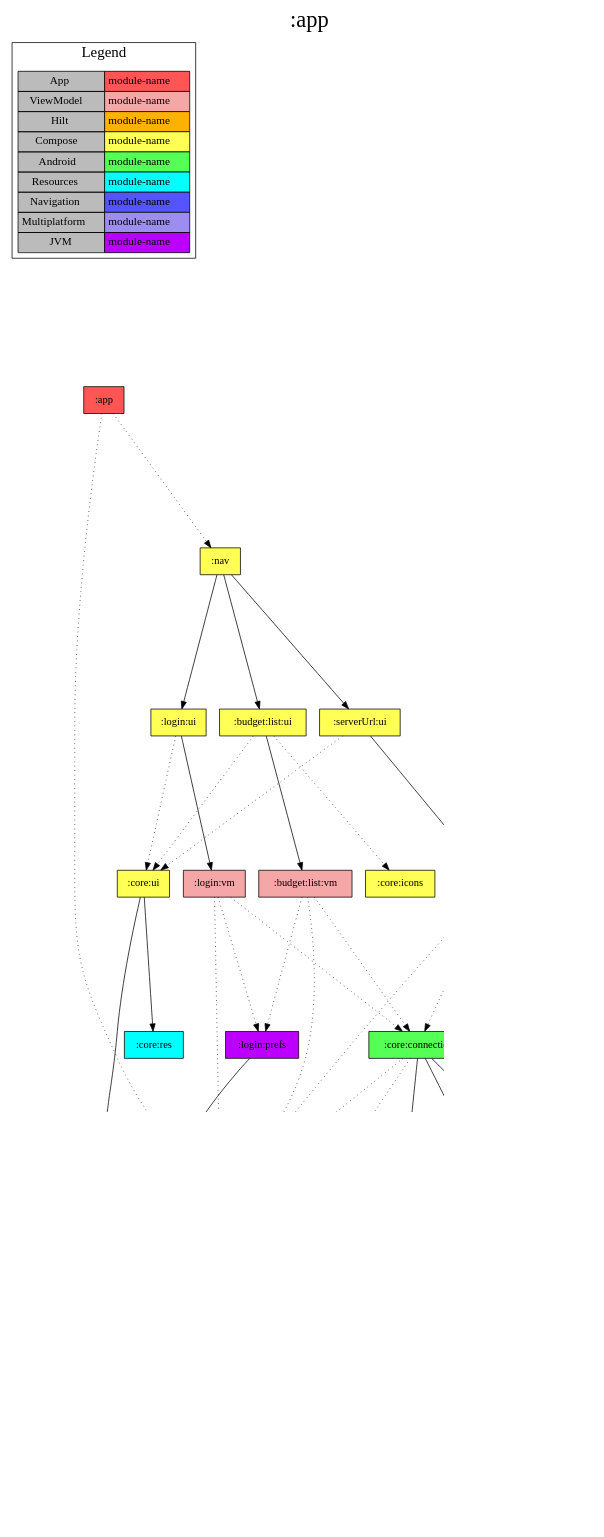
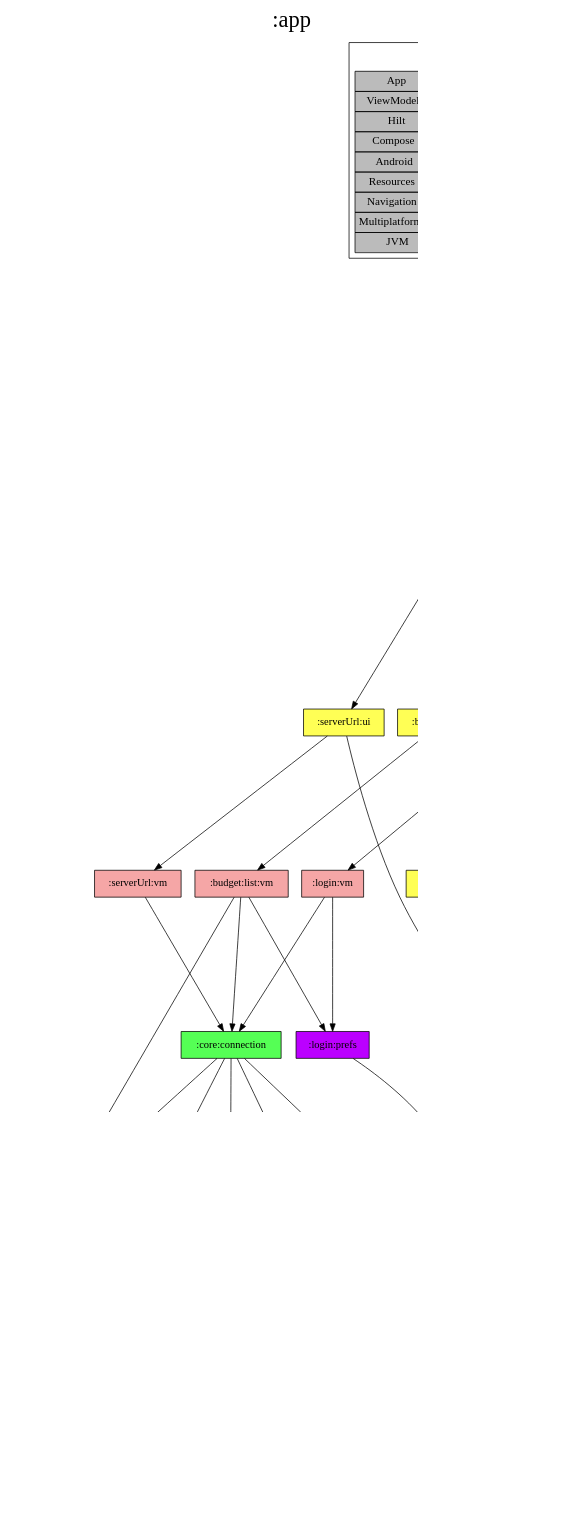
The diagram in app/project-dependency-graph.dot (jonapoul/aktual), drawn with Graphviz before and after one commit. The commit also changed 31 other files, not shown here.

```diff
--- a/app/project-dependency-graph.dot
+++ b/app/project-dependency-graph.dot
@@ -1,80 +1,77 @@
 digraph {
 edge ["dir"="forward"]
 graph ["dpi"="100","label"=":app","labelloc"="t","fontsize"="30","ranksep"="2.5","rankdir"="TB"]
 node ["style"="filled"]
 ":app" ["shape"="box","fillcolor"="#FF5555"]
 ":nav" ["fillcolor"="#FFFF55","shape"="box"]
 ":budget:list:ui" ["fillcolor"="#FFFF55","shape"="box"]
 ":budget:list:vm" ["fillcolor"="#F5A6A6","shape"="box"]
 ":core:connection" ["fillcolor"="#55FF55","shape"="box"]
 ":api:client" ["fillcolor"="#BB00FF","shape"="box"]
 ":api:model" ["fillcolor"="#BB00FF","shape"="box"]
 ":core:model" ["fillcolor"="#BB00FF","shape"="box"]
+":api:json" ["fillcolor"="#BB00FF","shape"="box"]
 ":core:coroutines" ["fillcolor"="#BB00FF","shape"="box"]
 ":core:state" ["fillcolor"="#55FF55","shape"="box"]
-":api:json" ["fillcolor"="#BB00FF","shape"="box"]
 ":serverUrl:prefs" ["fillcolor"="#55FF55","shape"="box"]
 ":login:prefs" ["fillcolor"="#BB00FF","shape"="box"]
 ":core:icons" ["fillcolor"="#FFFF55","shape"="box"]
 ":core:ui" ["fillcolor"="#FFFF55","shape"="box"]
 ":core:res" ["fillcolor"="#00FFFF","shape"="box"]
 ":login:ui" ["fillcolor"="#FFFF55","shape"="box"]
 ":login:vm" ["fillcolor"="#F5A6A6","shape"="box"]
 ":serverUrl:ui" ["fillcolor"="#FFFF55","shape"="box"]
 ":serverUrl:vm" ["fillcolor"="#F5A6A6","shape"="box"]
 {
 edge ["dir"="none"]
 graph ["rank"="same"]
 ":app"
 }
 ":app" -> ":nav" ["style"="dotted"]
-":app" -> ":serverUrl:prefs" ["style"="dotted"]
 ":nav" -> ":budget:list:ui"
 ":nav" -> ":login:ui"
 ":nav" -> ":serverUrl:ui"
 ":budget:list:ui" -> ":budget:list:vm"
-":budget:list:ui" -> ":core:icons" ["style"="dotted"]
-":budget:list:ui" -> ":core:ui" ["style"="dotted"]
-":budget:list:vm" -> ":core:connection" ["style"="dotted"]
-":budget:list:vm" -> ":login:prefs" ["style"="dotted"]
-":budget:list:vm" -> ":serverUrl:prefs" ["style"="dotted"]
+":budget:list:ui" -> ":core:icons"
+":budget:list:ui" -> ":core:ui"
+":budget:list:vm" -> ":core:connection"
+":budget:list:vm" -> ":login:prefs"
+":budget:list:vm" -> ":serverUrl:prefs"
 ":core:connection" -> ":api:client"
+":core:connection" -> ":api:json"
 ":core:connection" -> ":core:coroutines"
 ":core:connection" -> ":core:state"
-":core:connection" -> ":api:json" ["style"="dotted"]
-":core:connection" -> ":serverUrl:prefs" ["style"="dotted"]
+":core:connection" -> ":serverUrl:prefs"
 ":api:client" -> ":api:model"
 ":api:model" -> ":core:model"
 ":core:state" -> ":core:model"
 ":serverUrl:prefs" -> ":core:model"
 ":login:prefs" -> ":core:model"
+":core:icons" -> ":core:ui"
 ":core:ui" -> ":core:model"
 ":core:ui" -> ":core:res"
+":login:ui" -> ":core:ui"
 ":login:ui" -> ":login:vm"
-":login:ui" -> ":core:ui" ["style"="dotted"]
-":login:vm" -> ":core:connection" ["style"="dotted"]
-":login:vm" -> ":login:prefs" ["style"="dotted"]
-":login:vm" -> ":serverUrl:prefs" ["style"="dotted"]
+":login:vm" -> ":core:connection"
+":login:vm" -> ":login:prefs"
+":serverUrl:ui" -> ":core:ui"
 ":serverUrl:ui" -> ":serverUrl:vm"
-":serverUrl:ui" -> ":core:ui" ["style"="dotted"]
-":serverUrl:vm" -> ":api:client" ["style"="dotted"]
-":serverUrl:vm" -> ":core:connection" ["style"="dotted"]
-":serverUrl:vm" -> ":serverUrl:prefs" ["style"="dotted"]
+":serverUrl:vm" -> ":core:connection"
 subgraph "cluster_legend" {
 edge ["dir"="none"]
 graph ["label"="Legend","fontsize"="20"]
 "Legend" ["style"="filled","fillcolor"="#bbbbbb","shape"="none","margin"="0","fontsize"="15","label"=<
 <TABLE BORDER="0" CELLBORDER="1" CELLSPACING="0" CELLPADDING="4">
 <TR><TD>App</TD><TD BGCOLOR="#FF5555">module-name</TD></TR>
 <TR><TD>ViewModel</TD><TD BGCOLOR="#F5A6A6">module-name</TD></TR>
 <TR><TD>Hilt</TD><TD BGCOLOR="#FCB103">module-name</TD></TR>
 <TR><TD>Compose</TD><TD BGCOLOR="#FFFF55">module-name</TD></TR>
 <TR><TD>Android</TD><TD BGCOLOR="#55FF55">module-name</TD></TR>
 <TR><TD>Resources</TD><TD BGCOLOR="#00FFFF">module-name</TD></TR>
 <TR><TD>Navigation</TD><TD BGCOLOR="#5555FF">module-name</TD></TR>
 <TR><TD>Multiplatform</TD><TD BGCOLOR="#9D8DF1">module-name</TD></TR>
 <TR><TD>JVM</TD><TD BGCOLOR="#BB00FF">module-name</TD></TR>
 </TABLE>
 >]
 } -> ":app" ["style"="invis"]
 }
```
